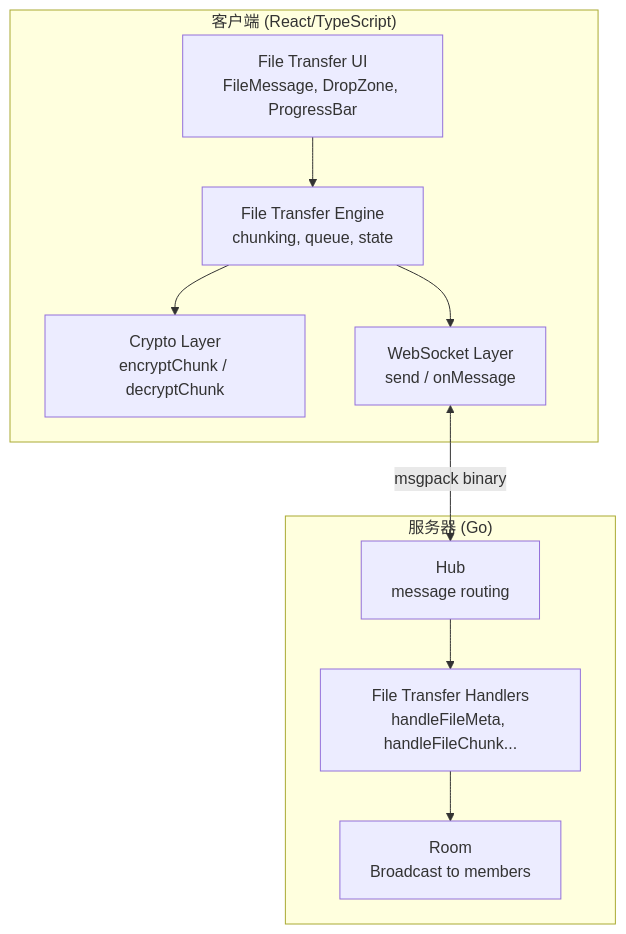
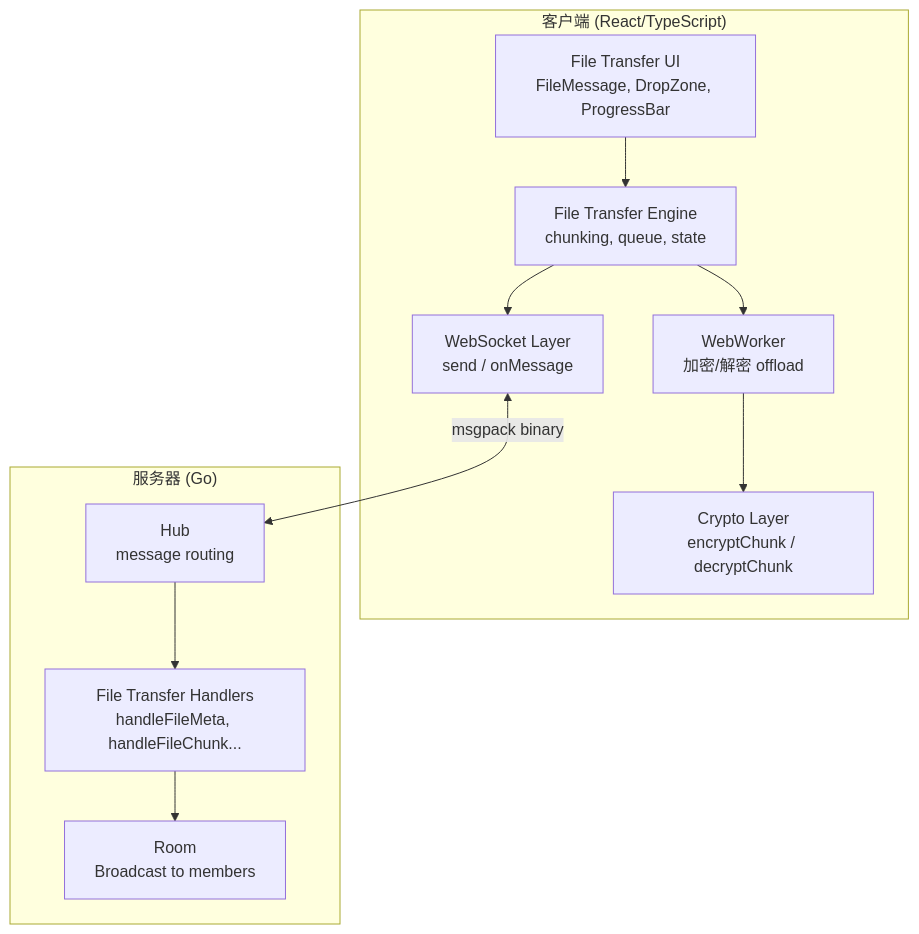
The second of 4 diagrams in .kiro/specs/encrypted-file-sharing/design.md (michaelwang123/arthas), drawn with Mermaid before and after one commit. The commit also changed other lines of this file, not shown here.

````diff
--- a/.kiro/specs/encrypted-file-sharing/design.md
+++ b/.kiro/specs/encrypted-file-sharing/design.md
@@ -43,22 +43,24 @@
 ```mermaid
 graph TB
     subgraph Client["客户端 (React/TypeScript)"]
         UI[File Transfer UI<br/>FileMessage, DropZone, ProgressBar]
         Engine[File Transfer Engine<br/>chunking, queue, state]
+        Worker[WebWorker<br/>加密/解密 offload]
         Crypto[Crypto Layer<br/>encryptChunk / decryptChunk]
         WS[WebSocket Layer<br/>send / onMessage]
     end
     
     subgraph Server["服务器 (Go)"]
         Hub[Hub<br/>message routing]
         Handler[File Transfer Handlers<br/>handleFileMeta, handleFileChunk...]
         Room[Room<br/>Broadcast to members]
     end
     
     UI --> Engine
-    Engine --> Crypto
+    Engine --> Worker
+    Worker --> Crypto
     Engine --> WS
     WS <-->|msgpack binary| Hub
     Hub --> Handler
     Handler --> Room
 ```
````
